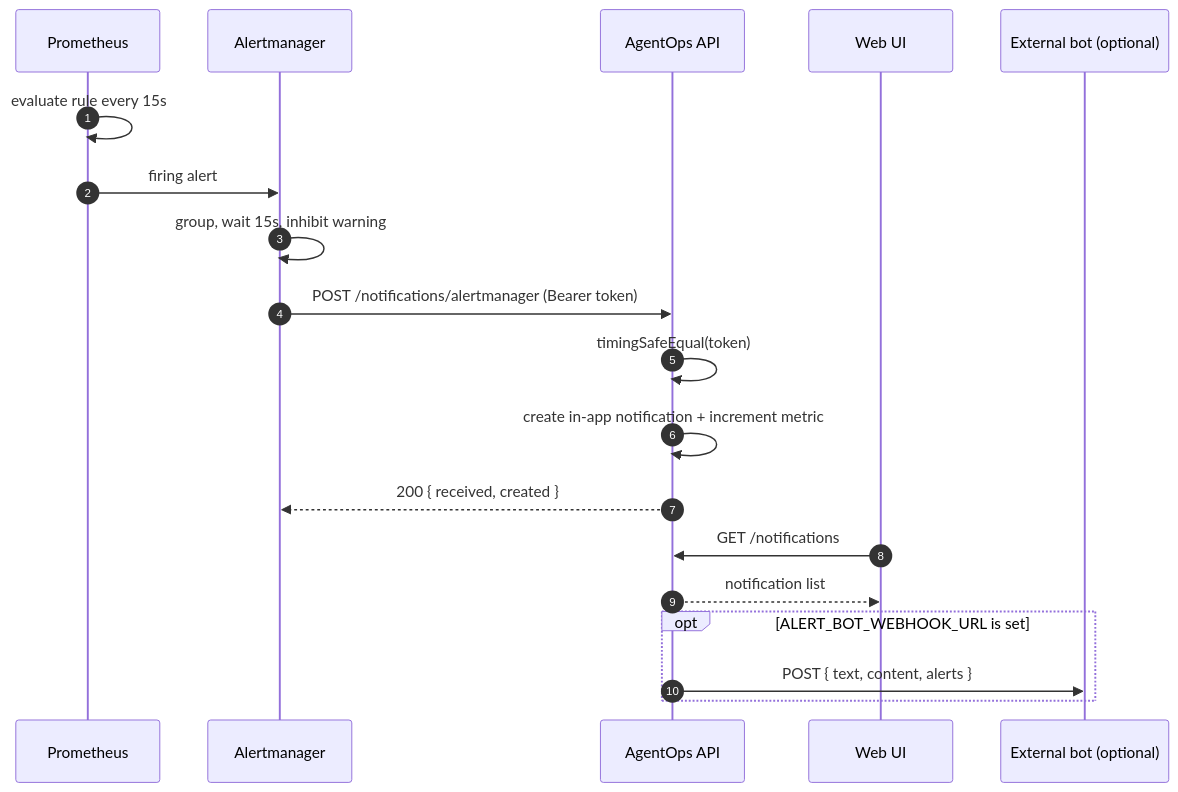
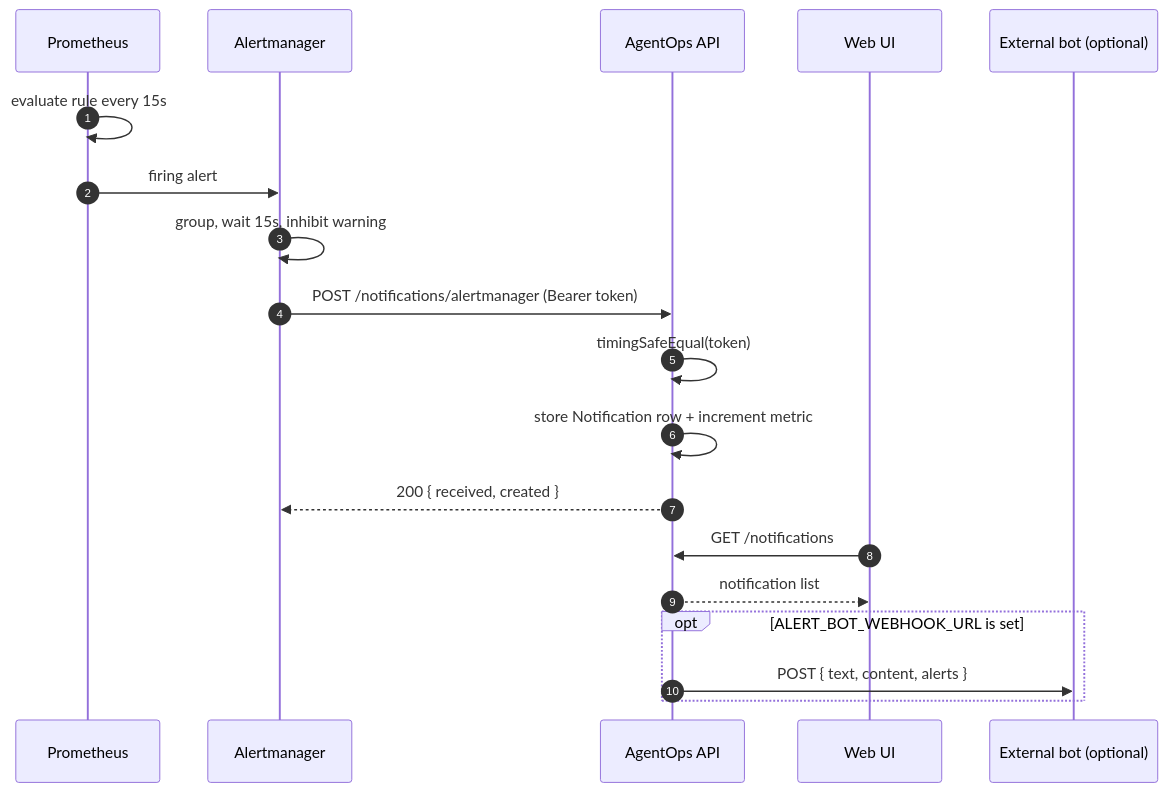
Before and after one commit to foxxiee04/AgentOps-AI-Agent-Workflow-Automation-Platform: the first of 2 diagrams in docs/observability.md, drawn with Mermaid. The commit also changed other lines of this file and 4 other files, not shown here.

````diff
--- a/docs/observability.md
+++ b/docs/observability.md
@@ -178,22 +178,22 @@
 ```mermaid
 sequenceDiagram
     autonumber
     participant P as Prometheus
     participant A as Alertmanager
     participant API as AgentOps API
     participant UI as Web UI
     participant B as External bot (optional)
 
     P->>P: evaluate rule every 15s
     P->>A: firing alert
     A->>A: group, wait 15s, inhibit warning
     A->>API: POST /notifications/alertmanager (Bearer token)
     API->>API: timingSafeEqual(token)
-    API->>API: create in-app notification + increment metric
+    API->>API: store Notification row + increment metric
     API-->>A: 200 { received, created }
     UI->>API: GET /notifications
     API-->>UI: notification list
     opt ALERT_BOT_WEBHOOK_URL is set
         API->>B: POST { text, content, alerts }
     end
 ```
````
